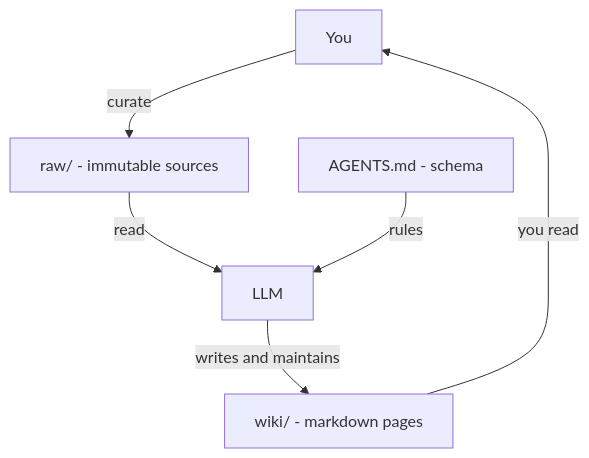
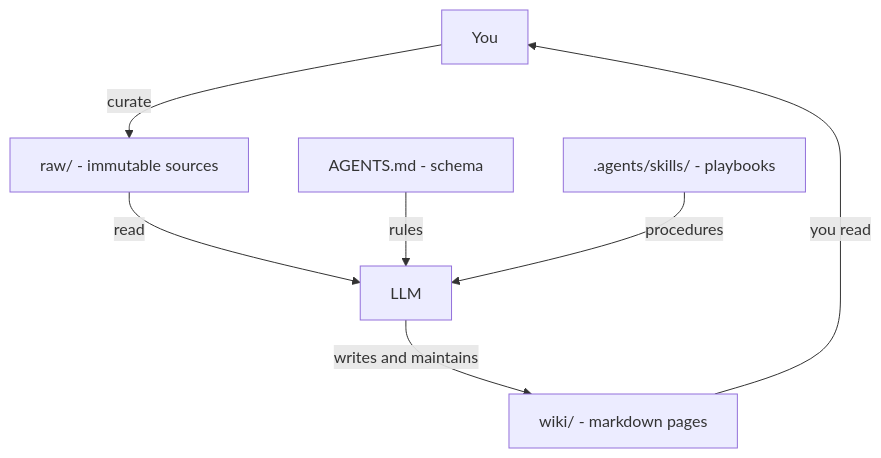
One commit to jonyfs/llm-wiki-template changed the second of 4 diagrams in README.md. Above: the diagram before and after it, drawn with Mermaid. The commit also changed other lines of this file, not shown here.

Commit message:
docs(readme): add mermaid diagrams and skill/command catalog

````diff
--- a/README.md
+++ b/README.md
@@ -33,8 +33,9 @@
 ```mermaid
 flowchart TD
     YOU[You] -->|curate| RAW[raw/ - immutable sources]
     RAW -->|read| LLM[LLM]
     SCHEMA[AGENTS.md - schema] -->|rules| LLM
+    SKILLS[.agents/skills/ - playbooks] -->|procedures| LLM
     LLM -->|writes and maintains| WIKI[wiki/ - markdown pages]
     WIKI -->|you read| YOU
 ```
````
